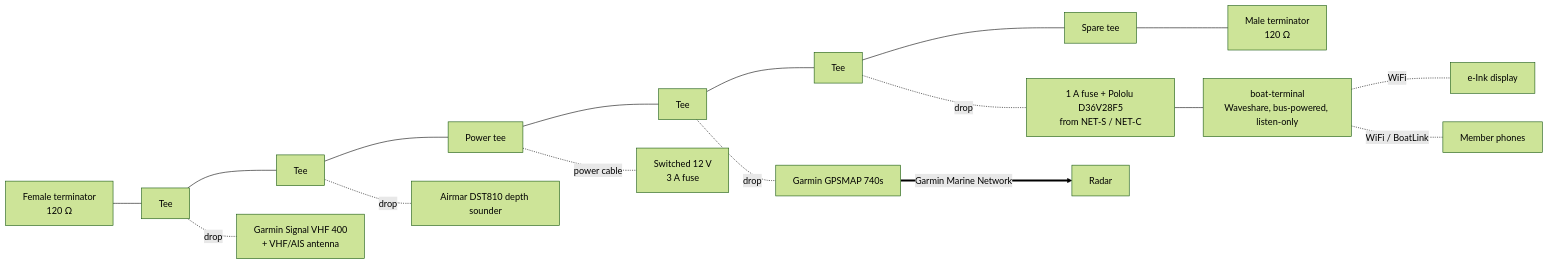
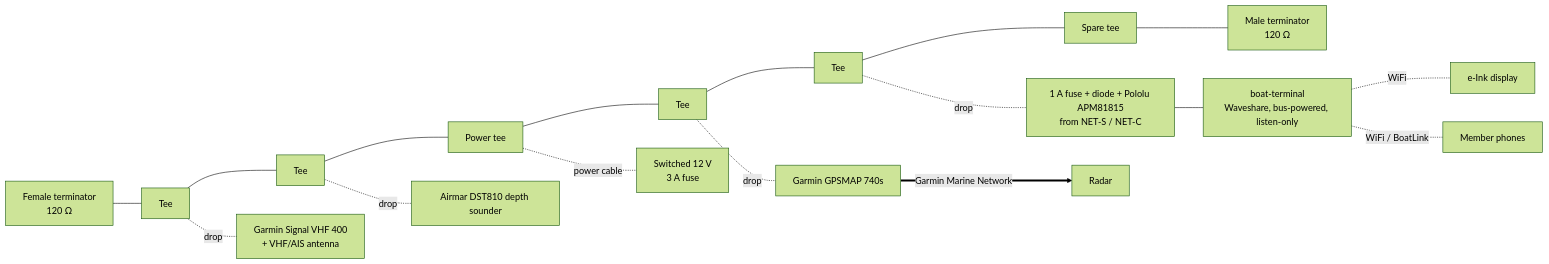
Before and after one commit to l-m-y-c/boat-terminal: the first of 2 diagrams in docs/19-n2k-backbone-install.md, drawn with Mermaid (forest theme). The commit also changed other lines of this file and 5 other files, not shown here.

Commit message:
Switch the N2K power supply to the cheaper Pololu APM81815 and add optional reverse-polarity protection.

````diff
--- a/docs/19-n2k-backbone-install.md
+++ b/docs/19-n2k-backbone-install.md
@@ -13,16 +13,16 @@
 ```mermaid
 flowchart LR
     TF[Female terminator<br/>120 Ω] --- T1
     T1[Tee] --- T2[Tee] --- TP[Power tee] --- T3[Tee] --- T4[Tee] --- T5[Spare tee]
     T5 --- TM[Male terminator<br/>120 Ω]
 
     T1 -. drop .- VHF[Garmin Signal VHF 400<br/>+ VHF/AIS antenna]
     T2 -. drop .- DEP[Airmar DST810 depth sounder]
     TP -. power cable .- PWR[Switched 12 V<br/>3 A fuse]
     T3 -. drop .- PLOT[Garmin GPSMAP 740s]
-    T4 -. drop .- DCDC[1 A fuse + Pololu D36V28F5<br/>from NET-S / NET-C] --- BT[boat-terminal<br/>Waveshare, bus-powered, listen-only]
+    T4 -. drop .- DCDC[1 A fuse + diode + Pololu APM81815<br/>from NET-S / NET-C] --- BT[boat-terminal<br/>Waveshare, bus-powered, listen-only]
 
     PLOT == Garmin Marine Network ==> RADAR[Radar]
     BT -. WiFi .- EINK[e-Ink display]
     BT -. WiFi / BoatLink .- PHONE[Member phones]
 ```
````
